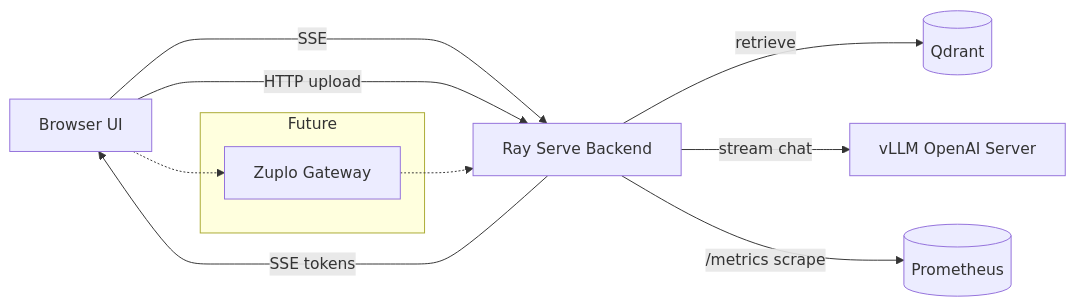
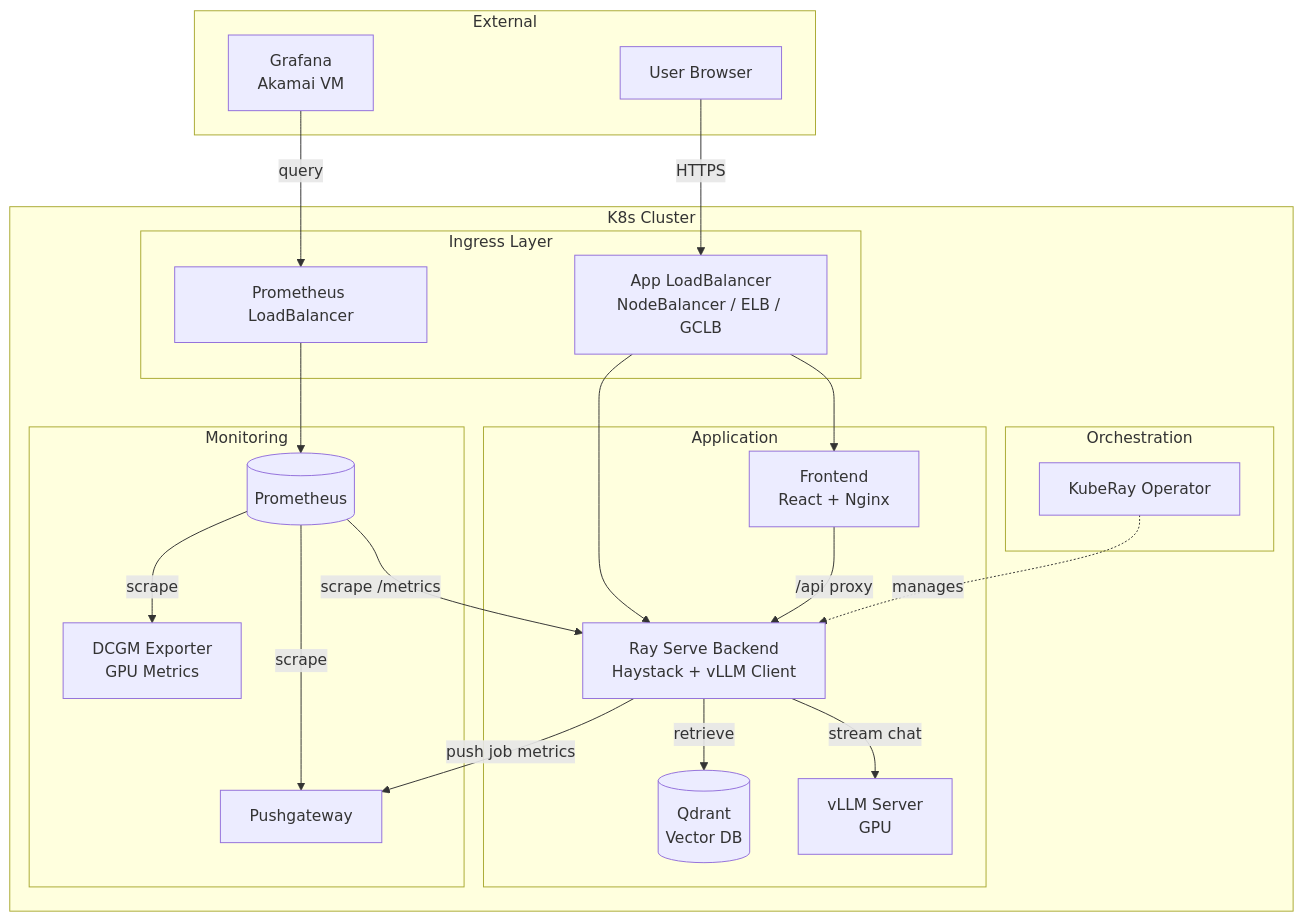
Before and after one commit to jgdynamite10/rag-ray-haystack: the diagram in docs/ARCHITECTURE.md, drawn with Mermaid. The commit also changed other lines of this file, not shown here.

Commit message:
Update architecture diagram with complete infrastructure
- Add comprehensive Mermaid diagram showing all components
- Include External layer (User Browser, Grafana on Akamai VM)
- Add Ingress Layer with App LoadBalancer and Prometheus LoadBalancer
- Show Application, Orchestration (KubeRay), and Monitoring subgraphs
- Add multi-cluster monitoring diagram (LKE/EKS/GKE)
- Expand Observability section with metrics pipeline details

````diff
--- a/docs/ARCHITECTURE.md
+++ b/docs/ARCHITECTURE.md
@@ -151,13 +151,46 @@
 ```mermaid
-flowchart LR
-  UI[Browser UI] -->|SSE| Ray[Ray Serve Backend]
-  UI -->|HTTP upload| Ray
-  Ray -->|retrieve| Qdrant[(Qdrant)]
-  Ray -->|stream chat| VLLM[vLLM OpenAI Server]
-  Ray -->|SSE tokens| UI
-  Ray -->|/metrics scrape| Prom[(Prometheus)]
-  subgraph Future
-    Zuplo[Zuplo Gateway]
+flowchart TB
+  subgraph External
+    User[User Browser]
+    Grafana[Grafana<br/>Akamai VM]
   end
-  UI -.-> Zuplo -.-> Ray
+
+  subgraph K8s Cluster
+    subgraph Ingress Layer
+      AppLB[App LoadBalancer<br/>NodeBalancer / ELB / GCLB]
+      PromLB[Prometheus LoadBalancer]
+    end
+
+    subgraph Application
+      Frontend[Frontend<br/>React + Nginx]
+      Backend[Ray Serve Backend<br/>Haystack + vLLM Client]
+      Qdrant[(Qdrant<br/>Vector DB)]
+      VLLM[vLLM Server<br/>GPU]
+    end
+
+    subgraph Orchestration
+      KubeRay[KubeRay Operator]
+    end
+
+    subgraph Monitoring
+      Prom[(Prometheus)]
+      Push[Pushgateway]
+      DCGM[DCGM Exporter<br/>GPU Metrics]
+    end
+  end
+
+  User -->|HTTPS| AppLB
+  AppLB --> Frontend
+  AppLB --> Backend
+  Frontend -->|/api proxy| Backend
+  Backend -->|retrieve| Qdrant
+  Backend -->|stream chat| VLLM
+  KubeRay -.->|manages| Backend
+  
+  Backend -->|push job metrics| Push
+  Prom -->|scrape /metrics| Backend
+  Prom -->|scrape| Push
+  Prom -->|scrape| DCGM
+  Grafana -->|query| PromLB
+  PromLB --> Prom
 ```
````
